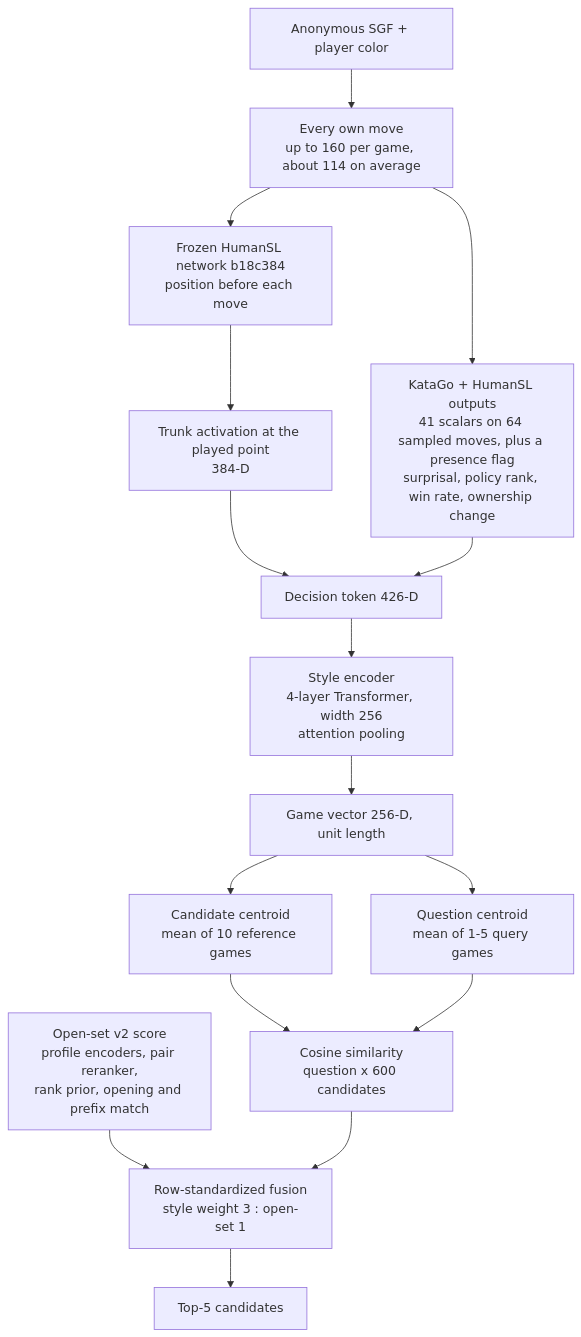
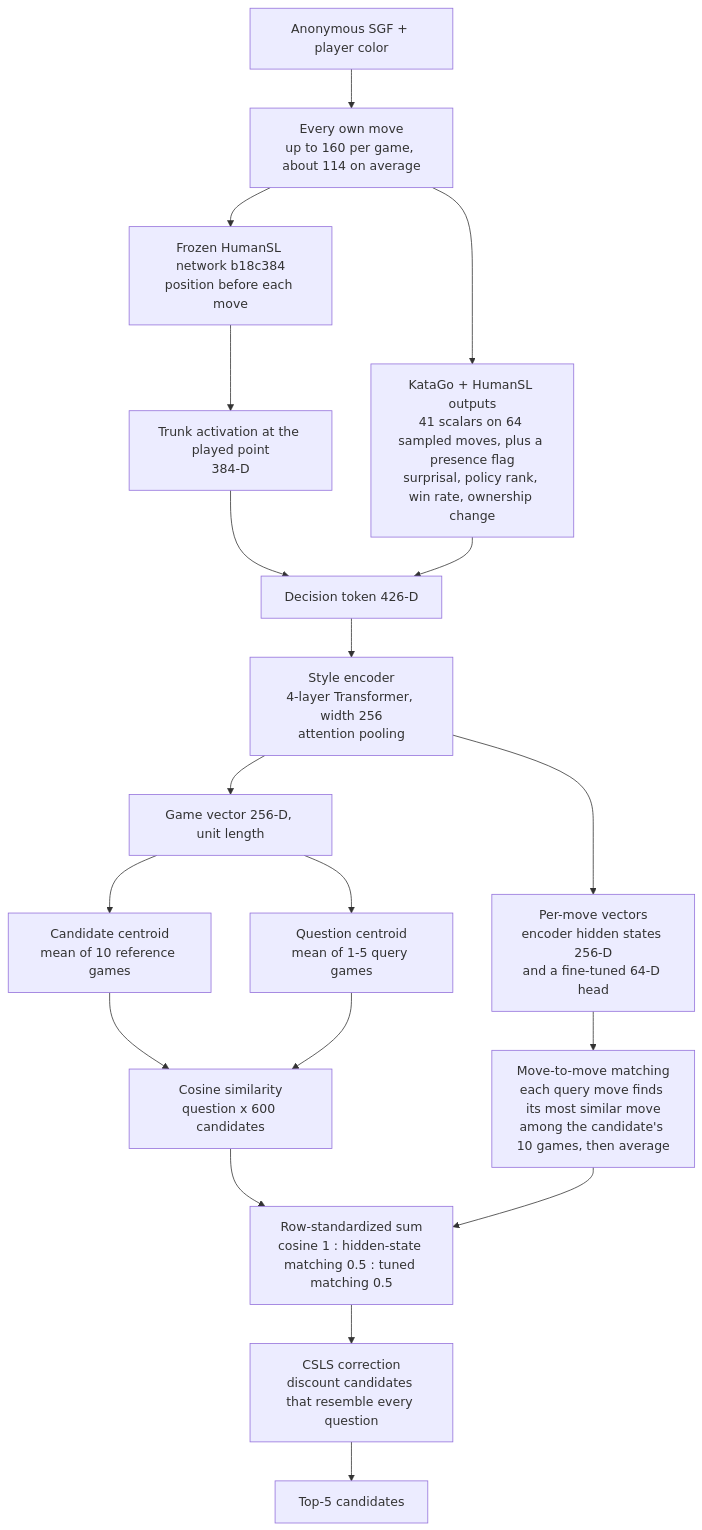
The first of 3 diagrams in README.md (richard880502/AICUP2026_GO), drawn with Mermaid before and after one commit. The commit also changed other lines of this file and 3 other files, not shown here.

First line of the commit message:
Record reranker and move-matching results: Public 0.8801077

````diff
--- a/README.md
+++ b/README.md
@@ -44,24 +44,28 @@
 ```mermaid
 flowchart TD
     SGF["Anonymous SGF + player color"] --> SAMPLE["Every own move<br/>up to 160 per game, about 114 on average"]
 
     SAMPLE --> HUMAN["Frozen HumanSL network b18c384<br/>position before each move"]
     HUMAN --> LOCAL["Trunk activation at the played point<br/>384-D"]
 
     SAMPLE --> ENGINE["KataGo + HumanSL outputs<br/>41 scalars on 64 sampled moves, plus a presence flag<br/>surprisal, policy rank, win rate, ownership change"]
 
     LOCAL --> TOKEN["Decision token 426-D"]
     ENGINE --> TOKEN
 
     TOKEN --> ENCODER["Style encoder<br/>4-layer Transformer, width 256<br/>attention pooling"]
     ENCODER --> GAME["Game vector 256-D, unit length"]
 
     GAME --> REF["Candidate centroid<br/>mean of 10 reference games"]
     GAME --> QUERY["Question centroid<br/>mean of 1-5 query games"]
     REF --> COSINE["Cosine similarity<br/>question x 600 candidates"]
     QUERY --> COSINE
 
-    OPENSET["Open-set v2 score<br/>profile encoders, pair reranker,<br/>rank prior, opening and prefix match"] --> FUSE
-    COSINE --> FUSE["Row-standardized fusion<br/>style weight 3 : open-set 1"]
-    FUSE --> TOP5["Top-5 candidates"]
+    ENCODER --> MOVES["Per-move vectors<br/>encoder hidden states 256-D<br/>and a fine-tuned 64-D head"]
+    MOVES --> MATCH["Move-to-move matching<br/>each query move finds its most similar move<br/>among the candidate's 10 games, then average"]
+
+    COSINE --> FUSE["Row-standardized sum<br/>cosine 1 : hidden-state matching 0.5 : tuned matching 0.5"]
+    MATCH --> FUSE
+    FUSE --> CSLS["CSLS correction<br/>discount candidates that resemble every question"]
+    CSLS --> TOP5["Top-5 candidates"]
 ```
````
